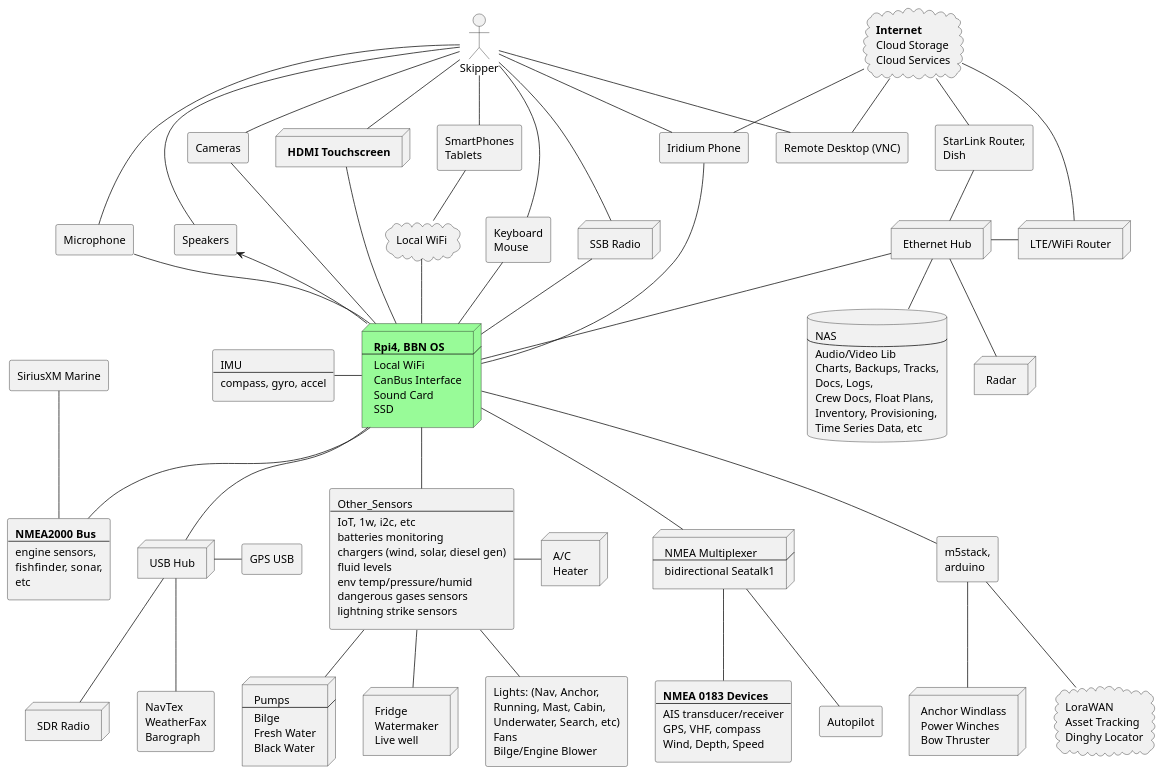
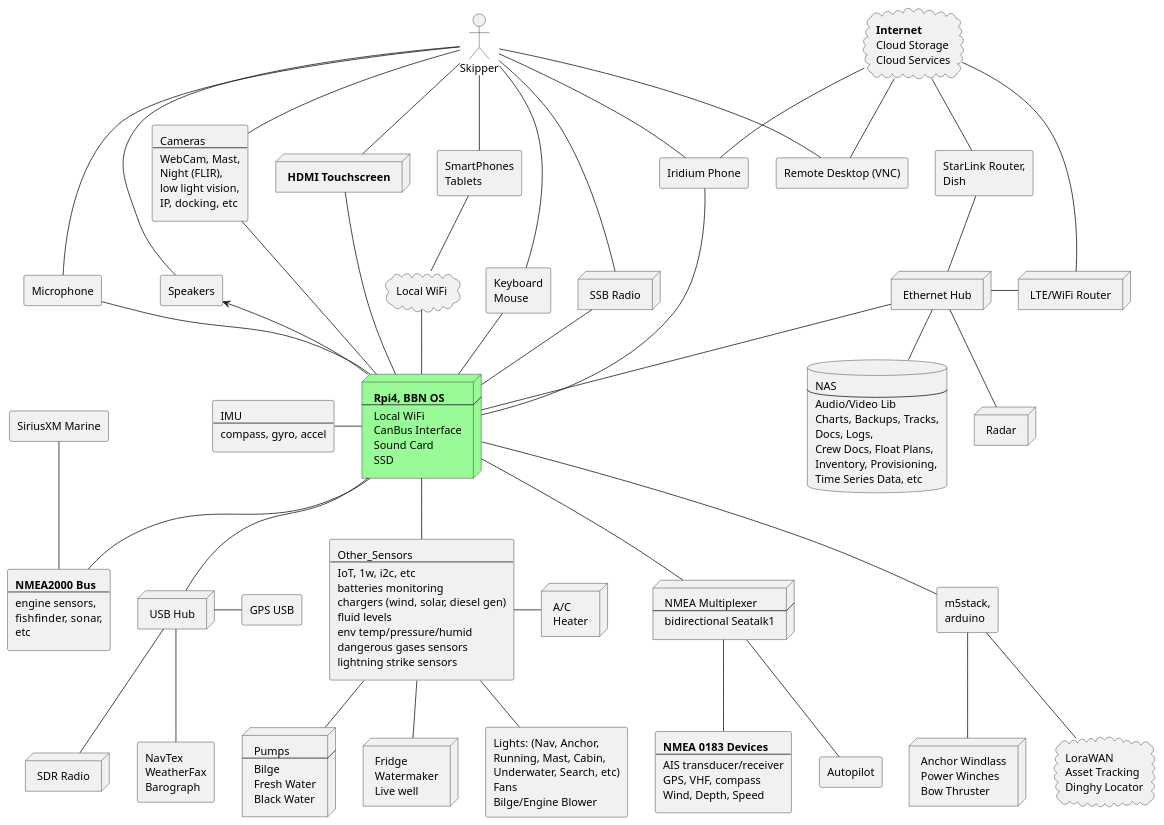
Before and after one commit to bareboat-necessities/my-bareboat: the diagram in docs/plantuml/system-arch.puml, drawn with PlantUML. The commit also changed 1 other file, not shown here.

Commit message:
better diagrams

```diff
--- a/docs/plantuml/system-arch.puml
+++ b/docs/plantuml/system-arch.puml
@@ -84,6 +84,11 @@
 
 rectangle Cameras [
  Cameras
+ ----
+ WebCam, Mast,
+ Night (FLIR),
+ low light vision,
+ IP, docking, etc
 ]
 
 node SDR [
```
